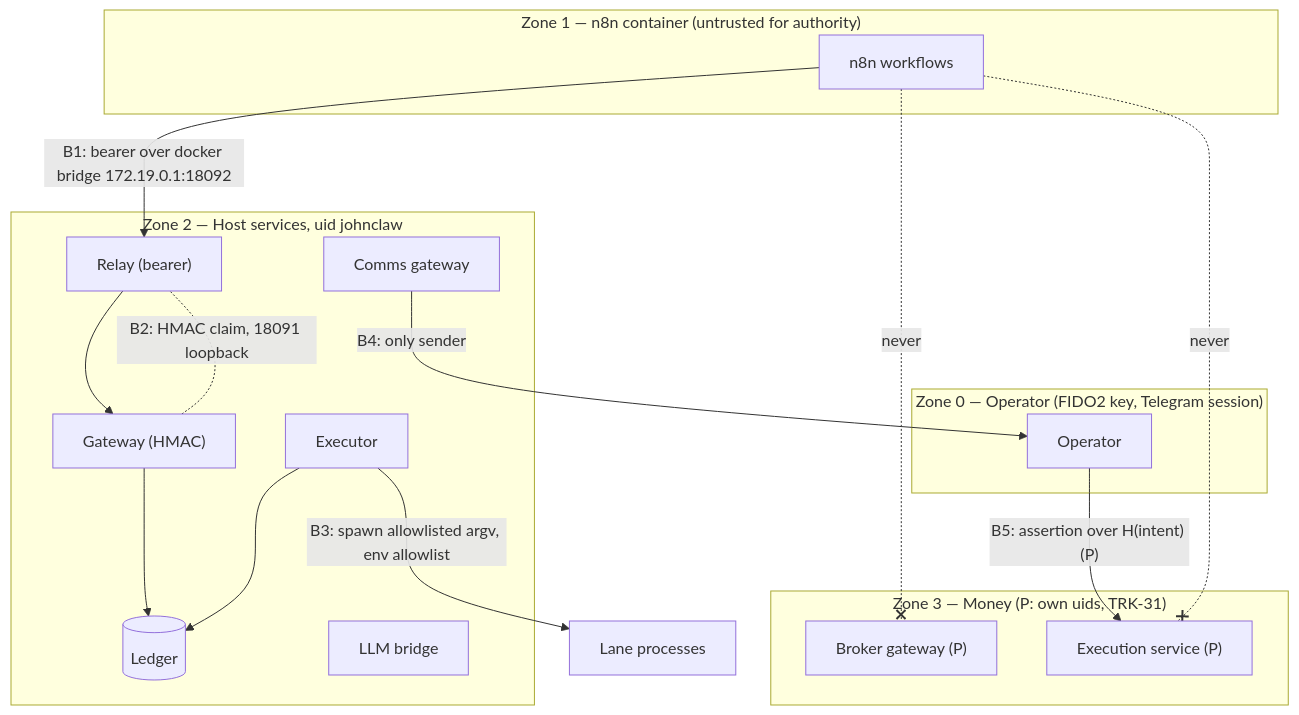
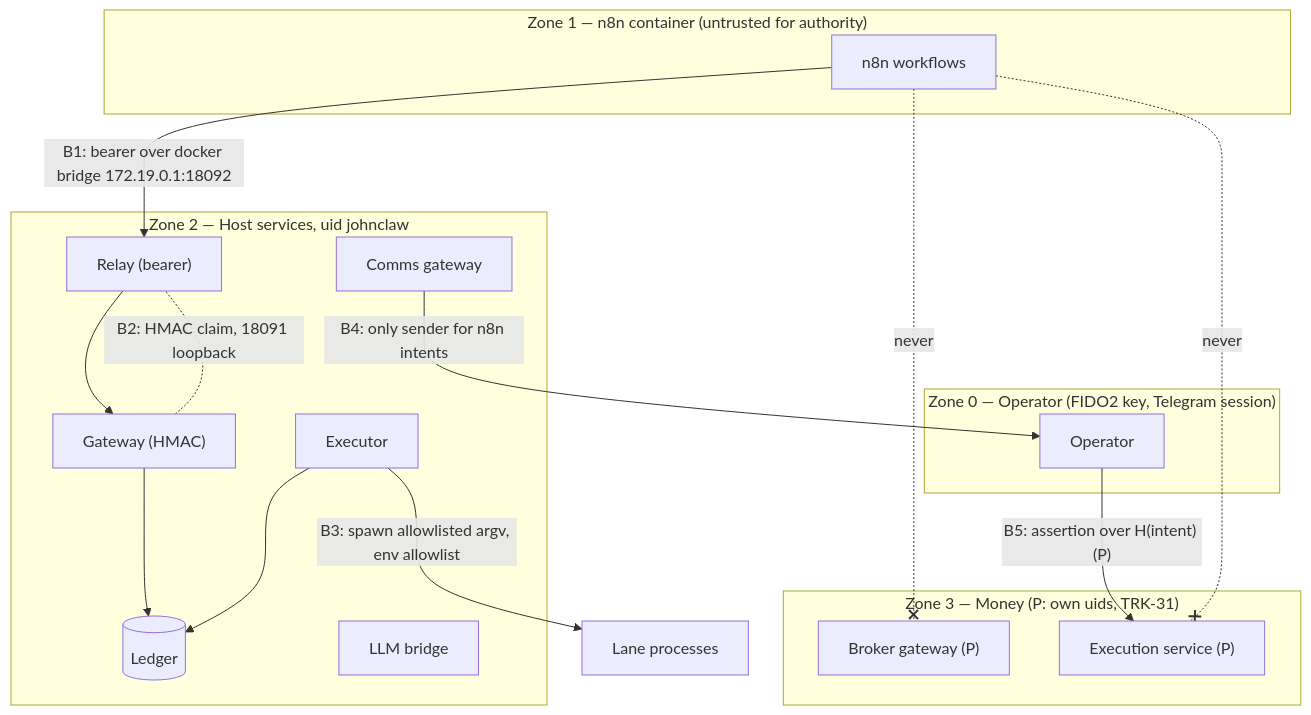
The second of 3 diagrams in docs/architecture/n8n/N8N_REFERENCE_ARCHITECTURE.md (PatsKiller/tardeai), drawn with Mermaid before and after one commit. The commit also changed other lines of this file and 23 other files, not shown here.

````diff
--- a/docs/architecture/n8n/N8N_REFERENCE_ARCHITECTURE.md
+++ b/docs/architecture/n8n/N8N_REFERENCE_ARCHITECTURE.md
@@ -141,26 +142,26 @@
 ```mermaid
 flowchart TB
   subgraph Z0["Zone 0 — Operator (FIDO2 key, Telegram session)"]
     OP["Operator"]
   end
   subgraph Z1["Zone 1 — n8n container (untrusted for authority)"]
     N8N["n8n workflows"]
   end
   subgraph Z2["Zone 2 — Host services, uid johnclaw"]
     R["Relay (bearer)"] --> G["Gateway (HMAC)"] --> L[("Ledger")]
     X["Executor"] --> L
     B["LLM bridge"]
     C["Comms gateway"]
   end
   subgraph Z3["Zone 3 — Money (P: own uids, TRK-31)"]
     BG["Broker gateway (P)"]
     XS["Execution service (P)"]
   end
   N8N -- "B1: bearer over docker bridge 172.19.0.1:18092" --> R
   G -. "B2: HMAC claim, 18091 loopback" .- R
   X -- "B3: spawn allowlisted argv, env allowlist" --> LANES["Lane processes"]
-  C -- "B4: only sender" --> OP
+  C -- "B4: only sender for n8n intents" --> OP
   OP -- "B5: assertion over H(intent) (P)" --> XS
   N8N -. "never" .-x BG
   N8N -. "never" .-x XS
 ```
````
